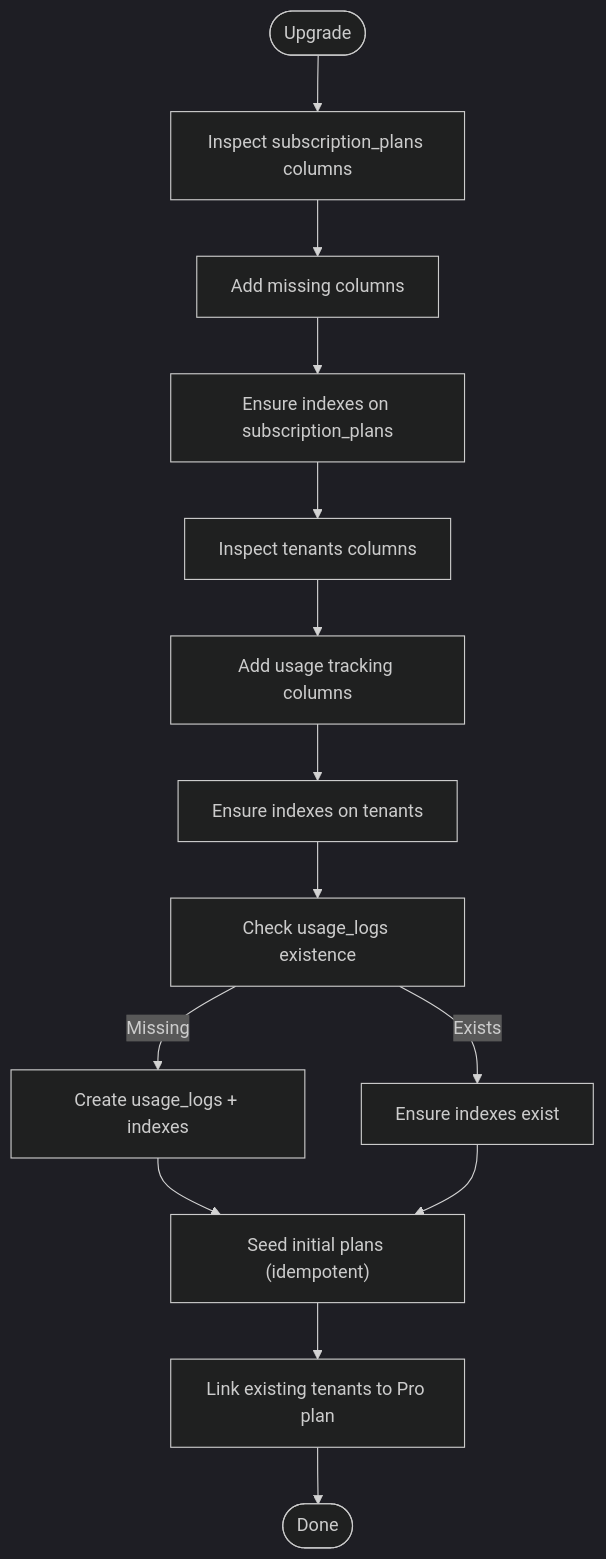
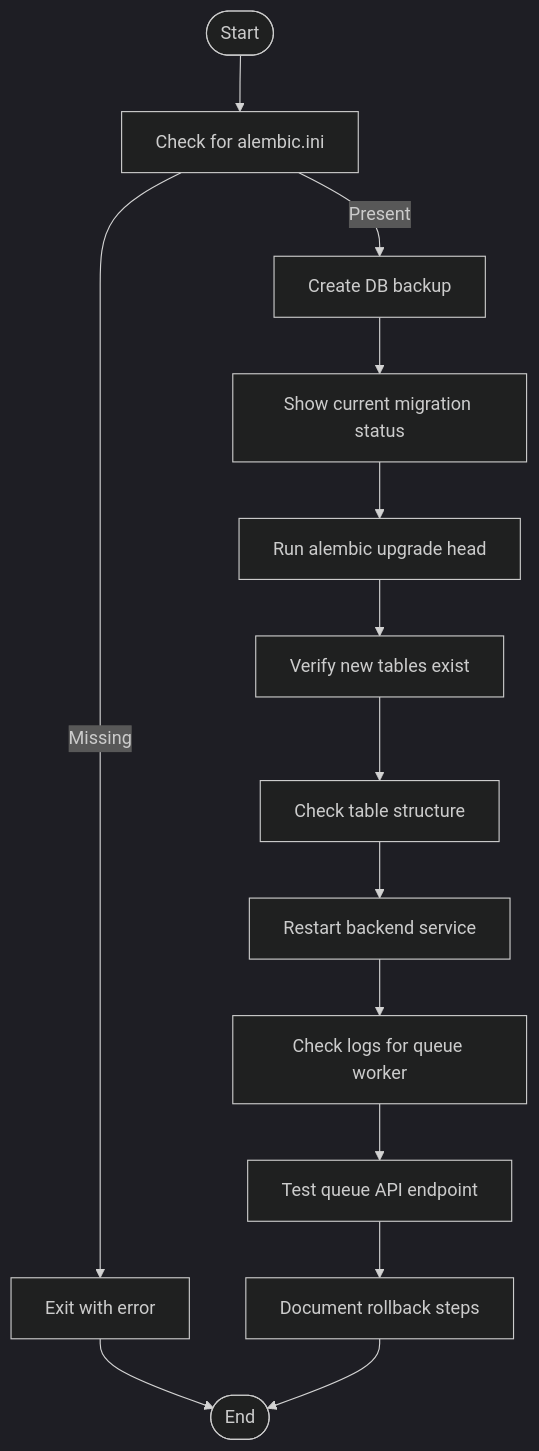
The fourth of 6 diagrams in .qoder/repowiki/en/content/Database Design/Migration Management.md (Revanththetalogics/aireume), drawn with Mermaid (dark theme) before and after one commit. The commit also changed other lines of this file and 15 other files, not shown here.

````diff
--- a/.qoder/repowiki/en/content/Database Design/Migration Management.md
+++ b/.qoder/repowiki/en/content/Database Design/Migration Management.md
@@ -280,16 +274,16 @@
 ```mermaid
 flowchart TD
-Start(["Upgrade"]) --> InspectSP["Inspect subscription_plans columns"]
-InspectSP --> SPAdd["Add missing columns"]
-SPAdd --> IDXSP["Ensure indexes on subscription_plans"]
-IDXSP --> InspectTenants["Inspect tenants columns"]
-InspectTenants --> TenantsAdd["Add usage tracking columns"]
-TenantsAdd --> IDXTenants["Ensure indexes on tenants"]
-IDXTenants --> InspectUL["Check usage_logs existence"]
-InspectUL --> |Missing| CreateUL["Create usage_logs + indexes"]
-InspectUL --> |Exists| ULIdx["Ensure indexes exist"]
-CreateUL --> SeedPlans["Seed initial plans (idempotent)"]
-ULIdx --> SeedPlans
-SeedPlans --> LinkTenants["Link existing tenants to Pro plan"]
-LinkTenants --> End(["Done"])
+Start(["Start"]) --> CheckDir["Check for alembic.ini"]
+CheckDir --> |Missing| Fail["Exit with error"]
+CheckDir --> |Present| Backup["Create DB backup"]
+Backup --> Status["Show current migration status"]
+Status --> Upgrade["Run alembic upgrade head"]
+Upgrade --> Verify["Verify new tables exist"]
+Verify --> Structure["Check table structure"]
+Structure --> Restart["Restart backend service"]
+Restart --> Logs["Check logs for queue worker"]
+Logs --> Test["Test queue API endpoint"]
+Test --> Rollback["Document rollback steps"]
+Fail --> End(["End"])
+Rollback --> End
 ```
````
